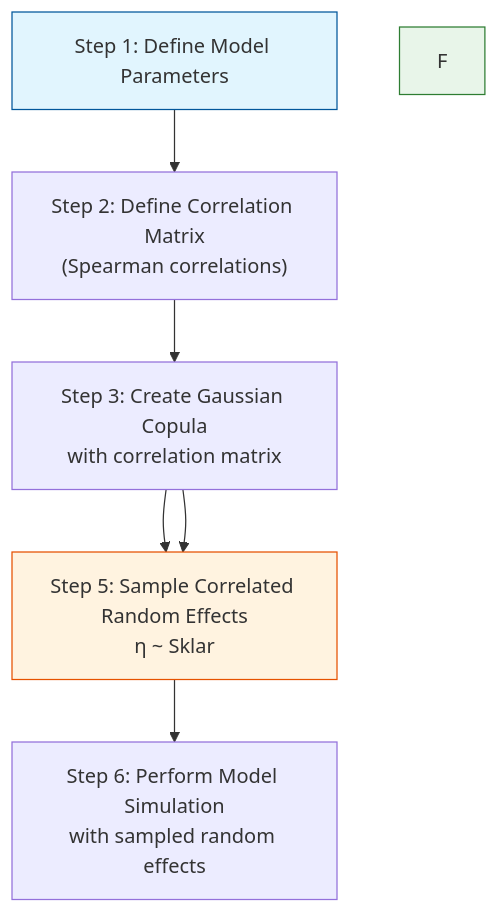
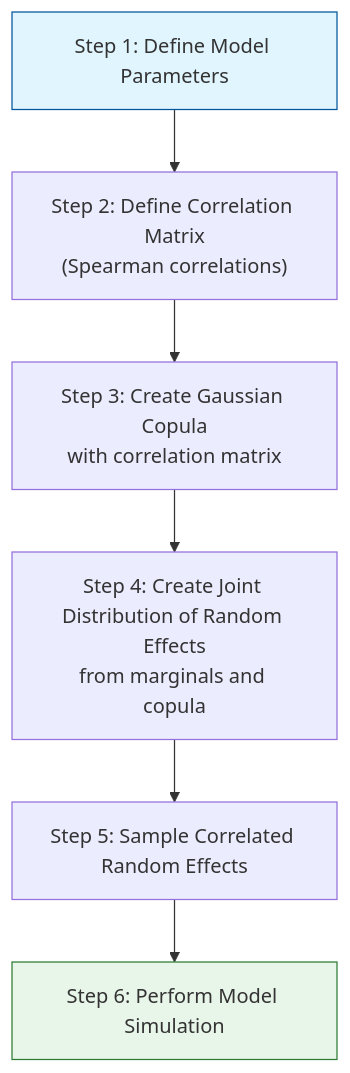
Before and after one commit to PumasAI-Labs/PumasInSilicoClinicalTrials: the diagram in tutorials/tb_02_copula_vpop_tutorial.qmd, drawn with Mermaid. The commit also changed other lines of this file and 47 other files, not shown here.

````diff
--- a/tutorials/tb_02_copula_vpop_tutorial.qmd
+++ b/tutorials/tb_02_copula_vpop_tutorial.qmd
@@ -331,12 +319,12 @@
 ```{mermaid}
+%%| echo: false
 flowchart TB
     A["Step 1: Define Model Parameters"] --> B["Step 2: Define Correlation Matrix<br/>(Spearman correlations)"]
     B --> C["Step 3: Create Gaussian Copula<br/>with correlation matrix"]
     C --> D["Step 4: Create Joint Distribution of Random Effects<br/>from marginals and copula"]
-    C --> D["Step 5: Sample Correlated Random Effects<br/>η ~ Sklar"]
-    D --> E["Step 6: Perform Model Simulation<br/>with sampled random effects"]
- 
+    D --> E["Step 5: Sample Correlated Random Effects"]
+    E --> F["Step 6: Perform Model Simulation"]
+
     style A fill:#e1f5fe,stroke:#01579b
-    style D fill:#fff3e0,stroke:#e65100
     style F fill:#e8f5e9,stroke:#2e7d32
 ```
````
